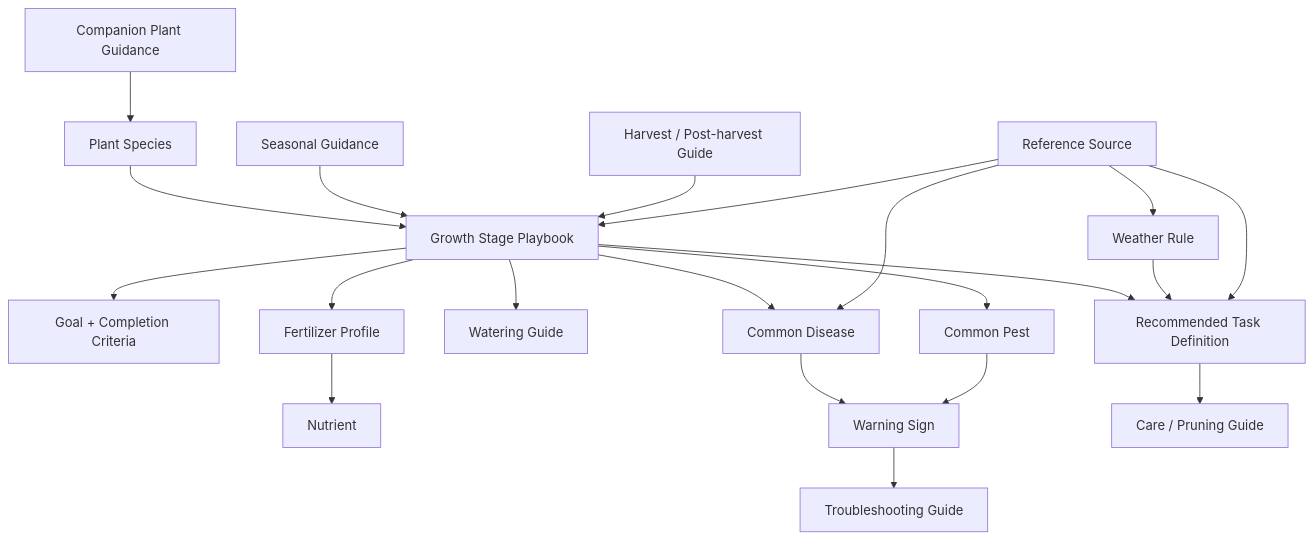
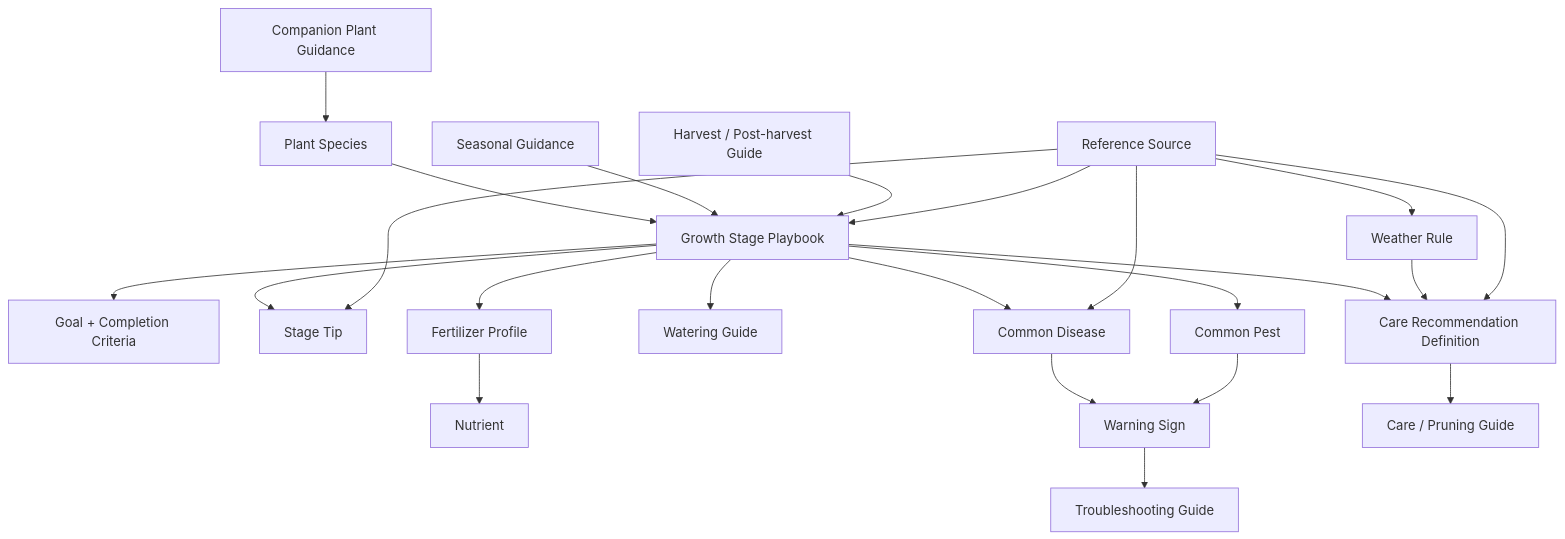
One commit to tandat2209/sotaytrongcay changed the first of 2 diagrams in docs/KNOWLEDGE_BASE_ARCHITECTURE.md. Above: the diagram before and after it, drawn with Mermaid. The commit also changed other lines of this file and 39 other files, not shown here.

````diff
--- a/docs/KNOWLEDGE_BASE_ARCHITECTURE.md
+++ b/docs/KNOWLEDGE_BASE_ARCHITECTURE.md
@@ -36,23 +36,25 @@
 ```mermaid
 flowchart TD
     Species["Plant Species"] --> Stage["Growth Stage Playbook"]
     Stage --> Goal["Goal + Completion Criteria"]
-    Stage --> Task["Recommended Task Definition"]
+    Stage --> Tip["Stage Tip"]
+    Stage --> Recommendation["Care Recommendation Definition"]
     Stage --> Water["Watering Guide"]
     Stage --> Fert["Fertilizer Profile"]
     Fert --> Nutrient["Nutrient"]
     Stage --> Disease["Common Disease"]
     Stage --> Pest["Common Pest"]
     Disease --> Sign["Warning Sign"]
     Pest --> Sign
     Sign --> Troubleshoot["Troubleshooting Guide"]
-    Task --> Care["Care / Pruning Guide"]
-    Weather["Weather Rule"] --> Task
+    Recommendation --> Care["Care / Pruning Guide"]
+    Weather["Weather Rule"] --> Recommendation
     Seasonal["Seasonal Guidance"] --> Stage
     Harvest["Harvest / Post-harvest Guide"] --> Stage
     Companion["Companion Plant Guidance"] --> Species
     Source["Reference Source"] --> Stage
-    Source --> Task
+    Source --> Tip
+    Source --> Recommendation
     Source --> Weather
     Source --> Disease
 ```
````
